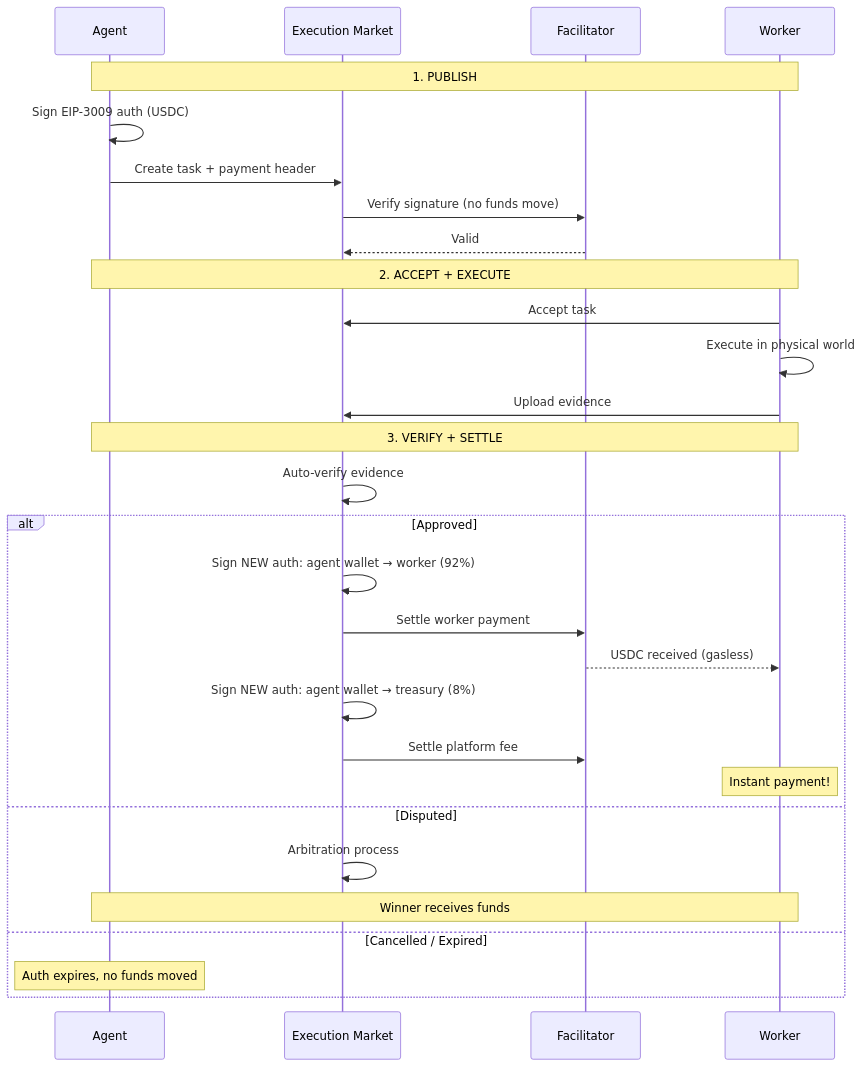
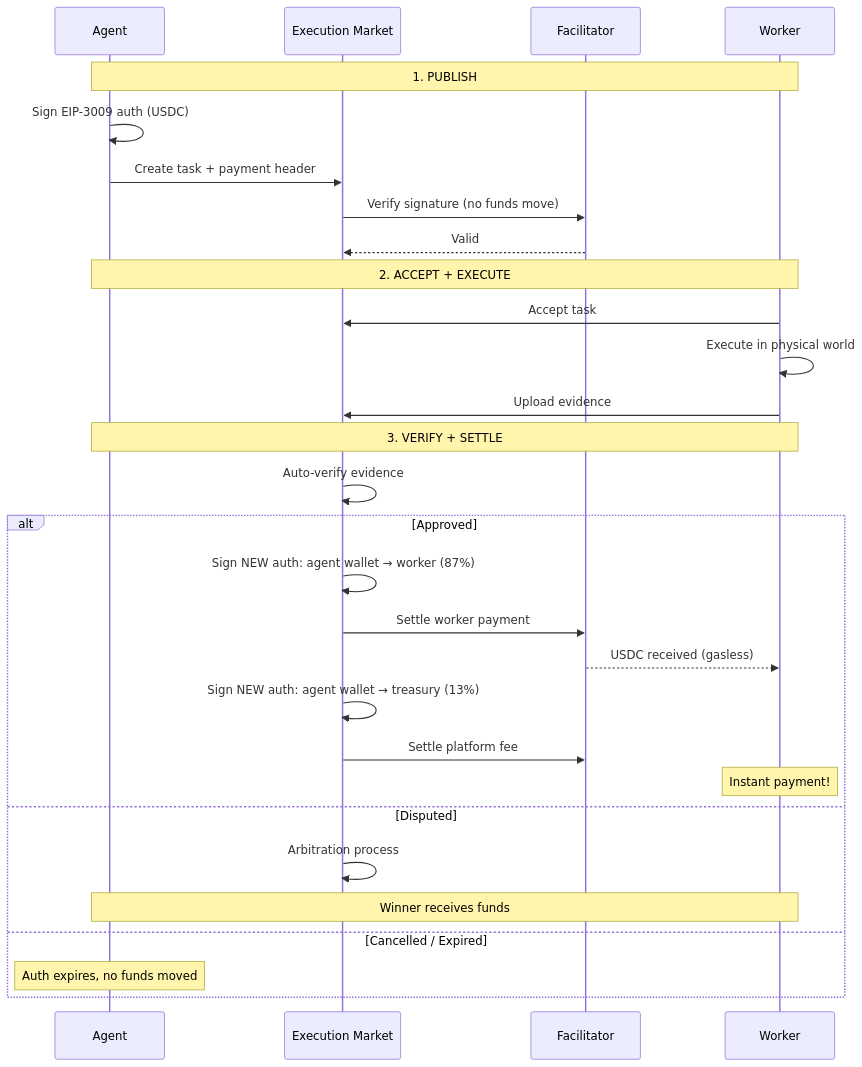
One commit to UltravioletaDAO/execution-market changed the third of 3 diagrams in PLAN.md. Above: the diagram before and after it, drawn with Mermaid. The commit also changed 77 other files, not shown here.

````diff
--- a/PLAN.md
+++ b/PLAN.md
@@ -350,34 +350,34 @@
 ```mermaid
 sequenceDiagram
     participant Agent
     participant EM as Execution Market
     participant Fac as Facilitator
     participant Worker
 
     Note over Agent,Worker: 1. PUBLISH
     Agent->>Agent: Sign EIP-3009 auth (USDC)
     Agent->>EM: Create task + payment header
     EM->>Fac: Verify signature (no funds move)
     Fac-->>EM: Valid
 
     Note over Agent,Worker: 2. ACCEPT + EXECUTE
     Worker->>EM: Accept task
     Worker->>Worker: Execute in physical world
     Worker->>EM: Upload evidence
 
     Note over Agent,Worker: 3. VERIFY + SETTLE
     EM->>EM: Auto-verify evidence
     alt Approved
-        EM->>EM: Sign NEW auth: agent wallet → worker (92%)
+        EM->>EM: Sign NEW auth: agent wallet → worker (87%)
         EM->>Fac: Settle worker payment
         Fac-->>Worker: USDC received (gasless)
-        EM->>EM: Sign NEW auth: agent wallet → treasury (8%)
+        EM->>EM: Sign NEW auth: agent wallet → treasury (13%)
         EM->>Fac: Settle platform fee
         Note over Worker: Instant payment!
     else Disputed
         EM->>EM: Arbitration process
         Note over Agent,Worker: Winner receives funds
     else Cancelled / Expired
         Note over Agent: Auth expires, no funds moved
     end
 ```
````
